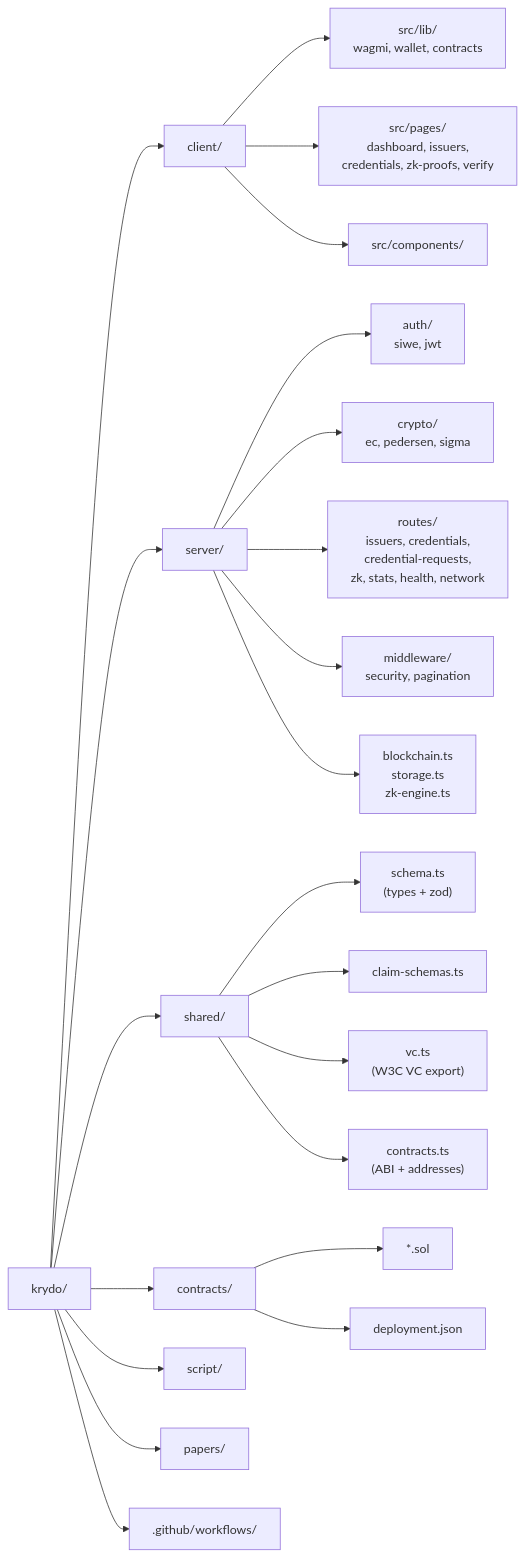
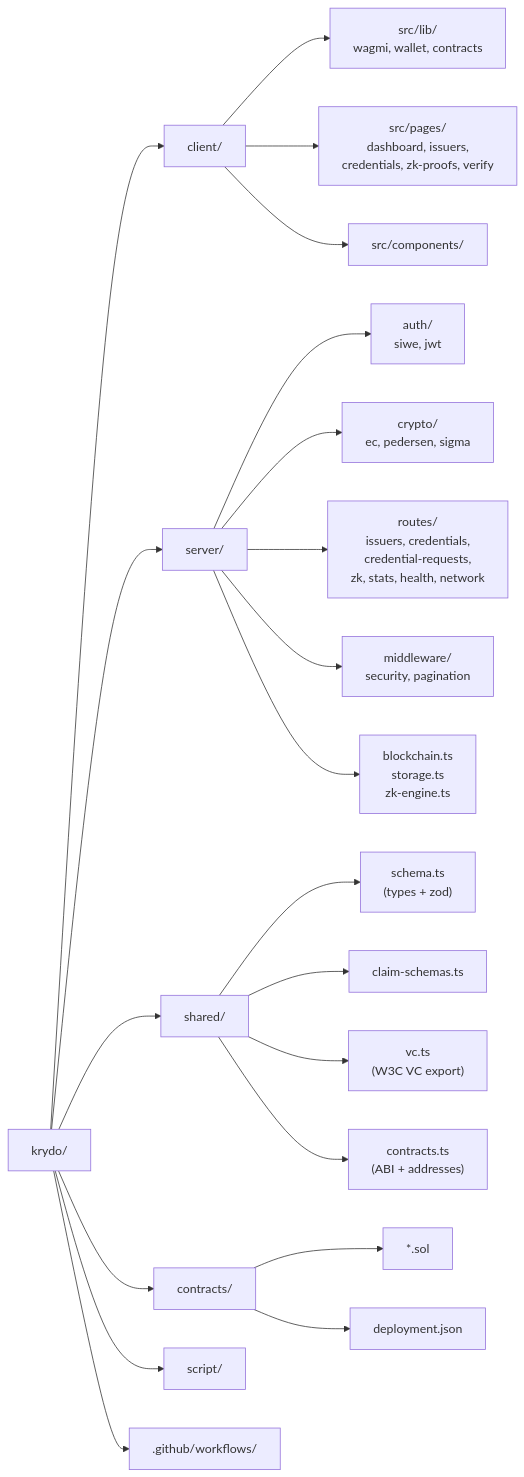
Before and after one commit to nishant-uxs/krydo: the fifth of 26 diagrams in DOCUMENTATION.md, drawn with Mermaid. The commit also changed other lines of this file and 1 other file, not shown here.

First line of the commit message:
docs: fix mermaid mindmap parse error, drop papers references, tighten intro

````diff
--- a/DOCUMENTATION.md
+++ b/DOCUMENTATION.md
@@ -223,29 +223,28 @@
 ```mermaid
 flowchart LR
     ROOT["krydo/"]
     ROOT --> CLIENT["client/"]
     ROOT --> SERVER["server/"]
     ROOT --> SHARED["shared/"]
     ROOT --> CONTRACTS["contracts/"]
     ROOT --> SCRIPT["script/"]
-    ROOT --> PAPERS["papers/"]
     ROOT --> CI[".github/workflows/"]
 
     CLIENT --> CLI_LIB["src/lib/<br/>wagmi, wallet, contracts"]
     CLIENT --> CLI_PAGES["src/pages/<br/>dashboard, issuers,<br/>credentials, zk-proofs, verify"]
     CLIENT --> CLI_COMP["src/components/"]
 
     SERVER --> SRV_AUTH["auth/<br/>siwe, jwt"]
     SERVER --> SRV_CRYPTO["crypto/<br/>ec, pedersen, sigma"]
     SERVER --> SRV_ROUTES["routes/<br/>issuers, credentials,<br/>credential-requests,<br/>zk, stats, health, network"]
     SERVER --> SRV_MIDDLE["middleware/<br/>security, pagination"]
     SERVER --> SRV_MISC["blockchain.ts<br/>storage.ts<br/>zk-engine.ts"]
 
     SHARED --> S_SCHEMA["schema.ts<br/>(types + zod)"]
     SHARED --> S_CLAIMS["claim-schemas.ts"]
     SHARED --> S_VC["vc.ts<br/>(W3C VC export)"]
     SHARED --> S_CONT["contracts.ts<br/>(ABI + addresses)"]
 
     CONTRACTS --> C_SOL["*.sol"]
     CONTRACTS --> C_JSON["deployment.json"]
 ```
````
